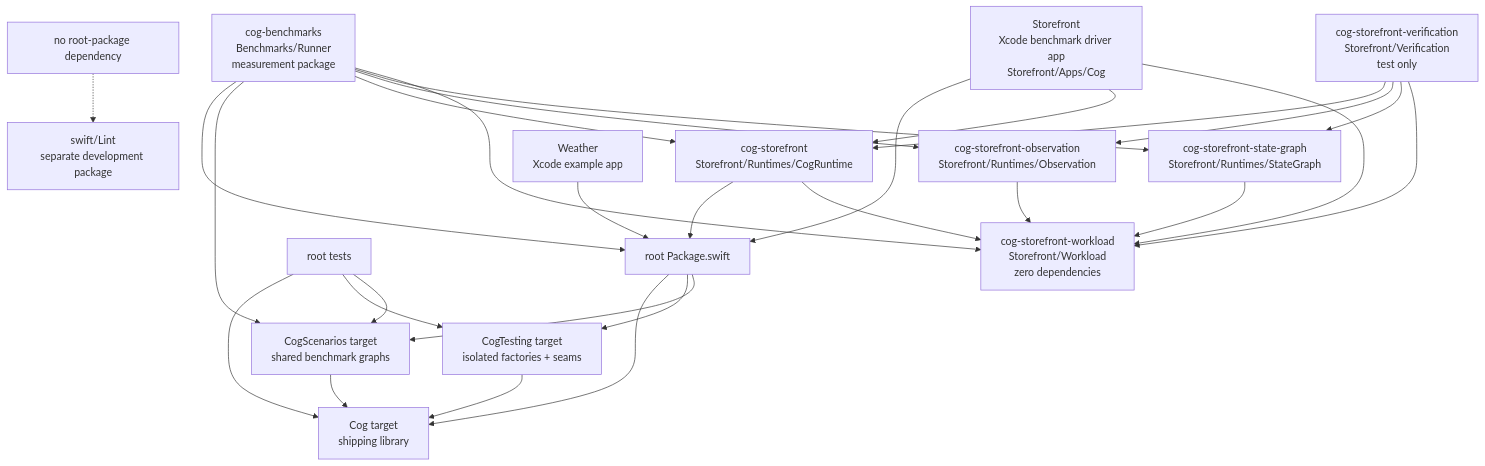
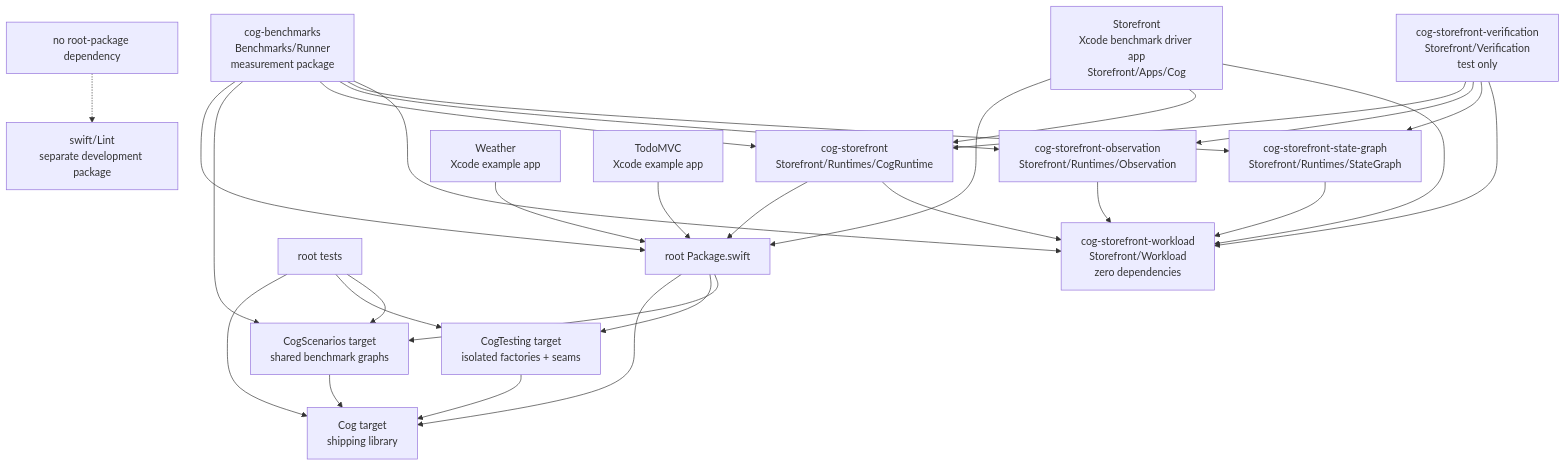
One commit to skeswa/cog changed the diagram in docs/swift/impl/architecture/codebase-tour.md. Above: the diagram before and after it, drawn with Mermaid. The commit also changed other lines of this file and 37 other files, not shown here.

Commit message:
feat(examples): add native TodoMVC app

````diff
--- a/docs/swift/impl/architecture/codebase-tour.md
+++ b/docs/swift/impl/architecture/codebase-tour.md
@@ -16,42 +16,44 @@
 ```mermaid
 flowchart TB
   root["root Package.swift"]
   cog["Cog target<br/>shipping library"]
   testing["CogTesting target<br/>isolated factories + seams"]
   scenarios["CogScenarios target<br/>shared benchmark graphs"]
   tests["root tests"]
   benches["cog-benchmarks<br/>Benchmarks/Runner<br/>measurement package"]
   workload["cog-storefront-workload<br/>Storefront/Workload<br/>zero dependencies"]
   storefront["cog-storefront<br/>Storefront/Runtimes/CogRuntime"]
   observation["cog-storefront-observation<br/>Storefront/Runtimes/Observation"]
   stategraph["cog-storefront-state-graph<br/>Storefront/Runtimes/StateGraph"]
   verification["cog-storefront-verification<br/>Storefront/Verification<br/>test only"]
   lint["swift/Lint<br/>separate development package"]
   weather["Weather<br/>Xcode example app"]
+  todomvc["TodoMVC<br/>Xcode example app"]
   storefrontApp["Storefront<br/>Xcode benchmark driver app<br/>Storefront/Apps/Cog"]
   root --> cog
   root --> testing --> cog
   root --> scenarios --> cog
   tests --> cog
   tests --> testing
   tests --> scenarios
   benches --> root
   benches --> scenarios
   benches --> storefront
   benches --> observation
   benches --> stategraph
   benches --> workload
   storefront --> root
   storefront --> workload
   observation --> workload
   stategraph --> workload
   verification --> storefront
   verification --> observation
   verification --> stategraph
   verification --> workload
   weather --> root
+  todomvc --> root
   storefrontApp --> root
   storefrontApp --> storefront
   storefrontApp --> workload
   lintNote["no root-package dependency"] -.-> lint
 ```
````
